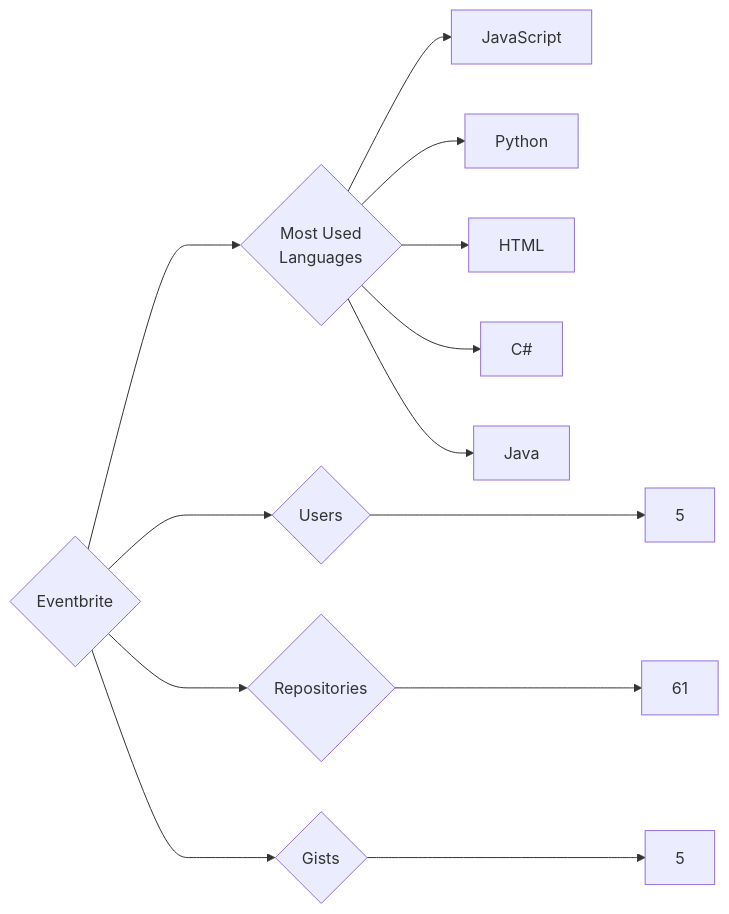
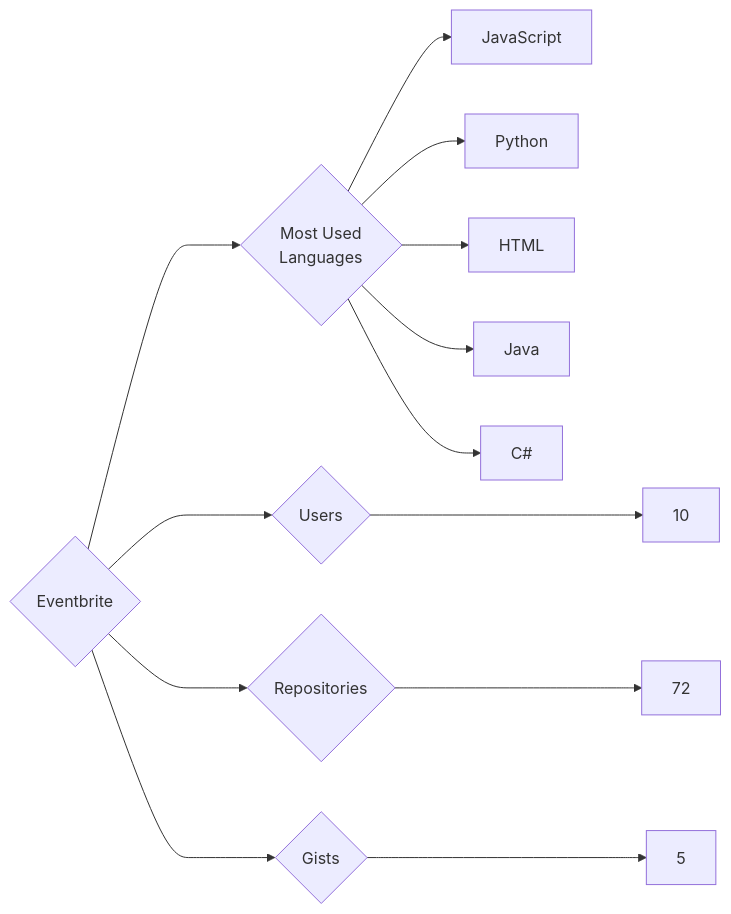
The diagram in targets/Eventbrite/README.md (trickest/insiders), drawn with Mermaid before and after one commit. The commit also changed 1088 other files, not shown here.

````diff
--- a/targets/Eventbrite/README.md
+++ b/targets/Eventbrite/README.md
@@ -3,13 +3,13 @@
 ```mermaid
 graph LR
 COMPANY_NAME{Eventbrite}
-COMPANY_NAME ---> U{Users} ---> UN[5]
-COMPANY_NAME ---> R{Repositories} ---> RN[61]
+COMPANY_NAME ---> U{Users} ---> UN[10]
+COMPANY_NAME ---> R{Repositories} ---> RN[72]
 COMPANY_NAME ---> G{Gists} ---> GN[5]
 COMPANY_NAME ---> ML{Most Used<br>Languages}
 ML --> JavaScript[JavaScript]
 ML --> Python[Python]
 ML --> HTML[HTML]
+ML --> Java[Java]
 ML --> C#[C#]
-ML --> Java[Java]
 ```
````
